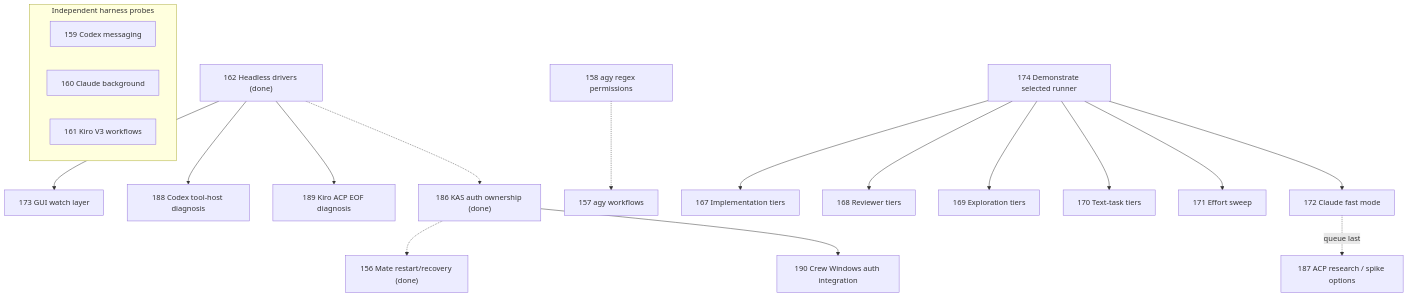
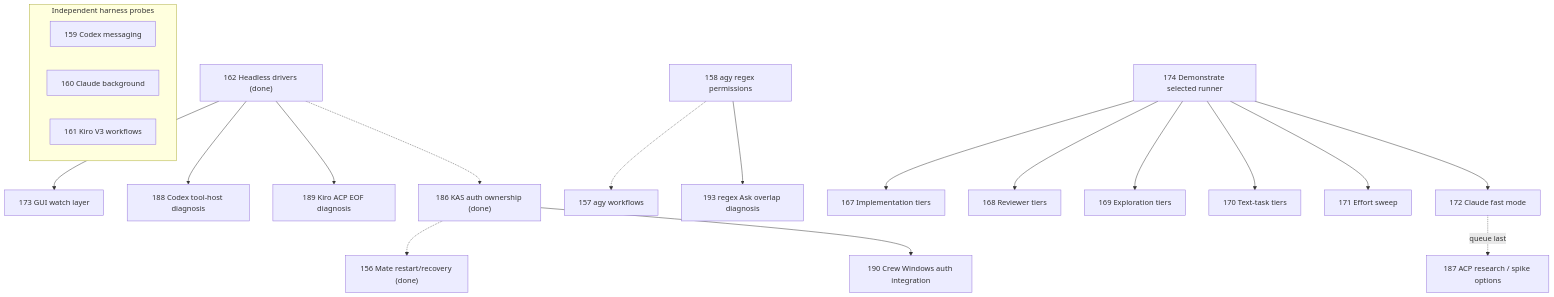
Before and after one commit to smileynet/grey-matter: the diagram in docs/plan.md, drawn with Mermaid. The commit also changed other lines of this file and 15 other files, not shown here.

Commit message:
Qualify narrow agy grants and capture regex approval overlap

````diff
--- a/docs/plan.md
+++ b/docs/plan.md
@@ -218,22 +221,23 @@
 ```mermaid
 flowchart TD
   D162["162 Headless drivers (done)"] --> G173["173 GUI watch layer"]
   D162 --> C188["188 Codex tool-host diagnosis"]
   D162 --> K189["189 Kiro ACP EOF diagnosis"]
   D162 -.-> A186["186 KAS auth ownership (done)"]
   A186 -.-> M156["156 Mate restart/recovery (done)"]
   A186 --> A190["190 Crew Windows auth integration"]
   P158["158 agy regex permissions"] -.-> W157["157 agy workflows"]
+  P158 --> A193["193 regex Ask overlap diagnosis"]
   subgraph Other["Independent harness probes"]
     C159["159 Codex messaging"]
     B160["160 Claude background"]
     K161["161 Kiro V3 workflows"]
   end
   R174["174 Demonstrate selected runner"] --> I167["167 Implementation tiers"]
   R174 --> V168["168 Reviewer tiers"]
   R174 --> E169["169 Exploration tiers"]
   R174 --> T170["170 Text-task tiers"]
   R174 --> F171["171 Effort sweep"]
   R174 --> S172["172 Claude fast mode"]
   S172 -. "queue last" .-> Q187["187 ACP research / spike options"]
 ```
````
